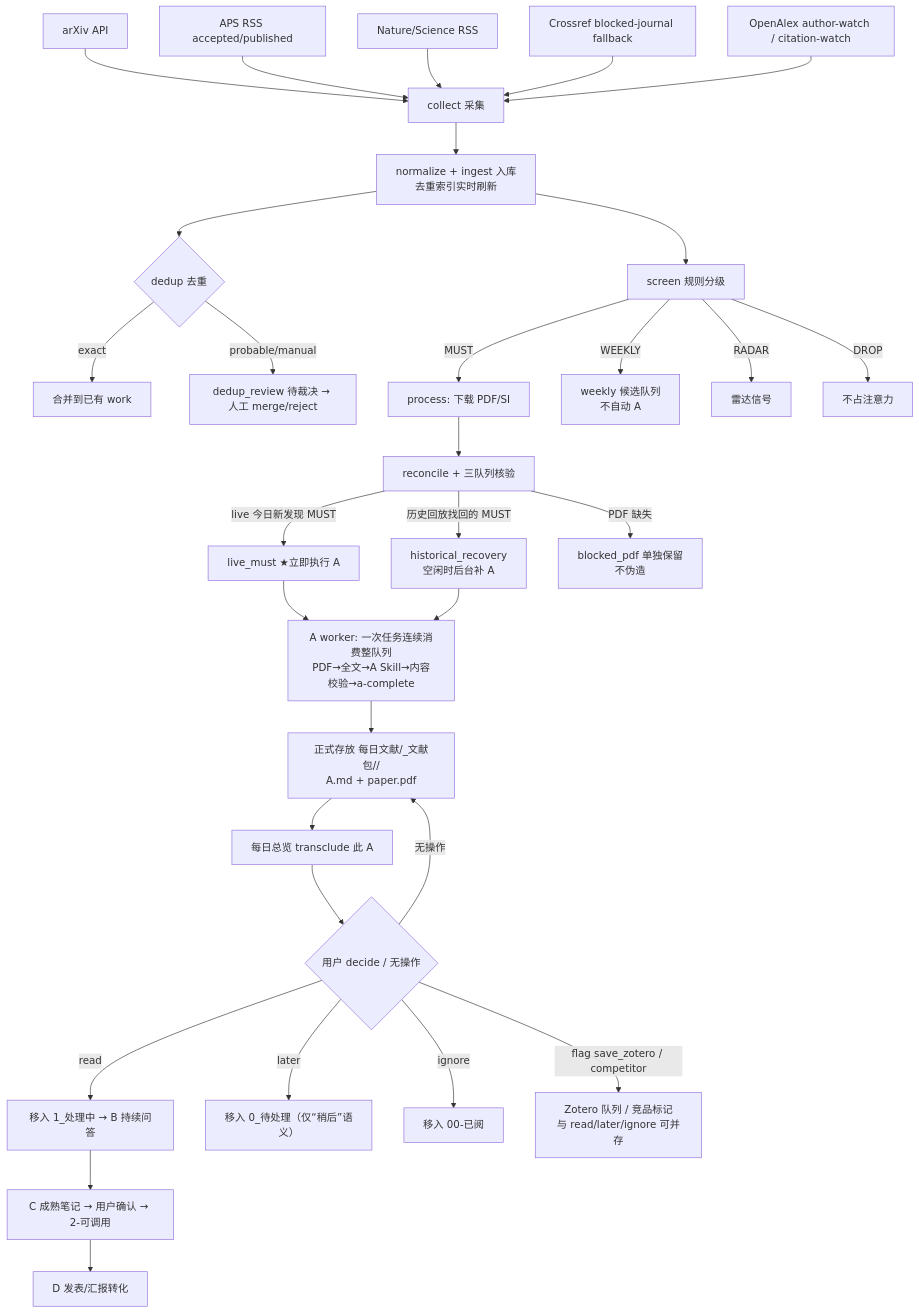
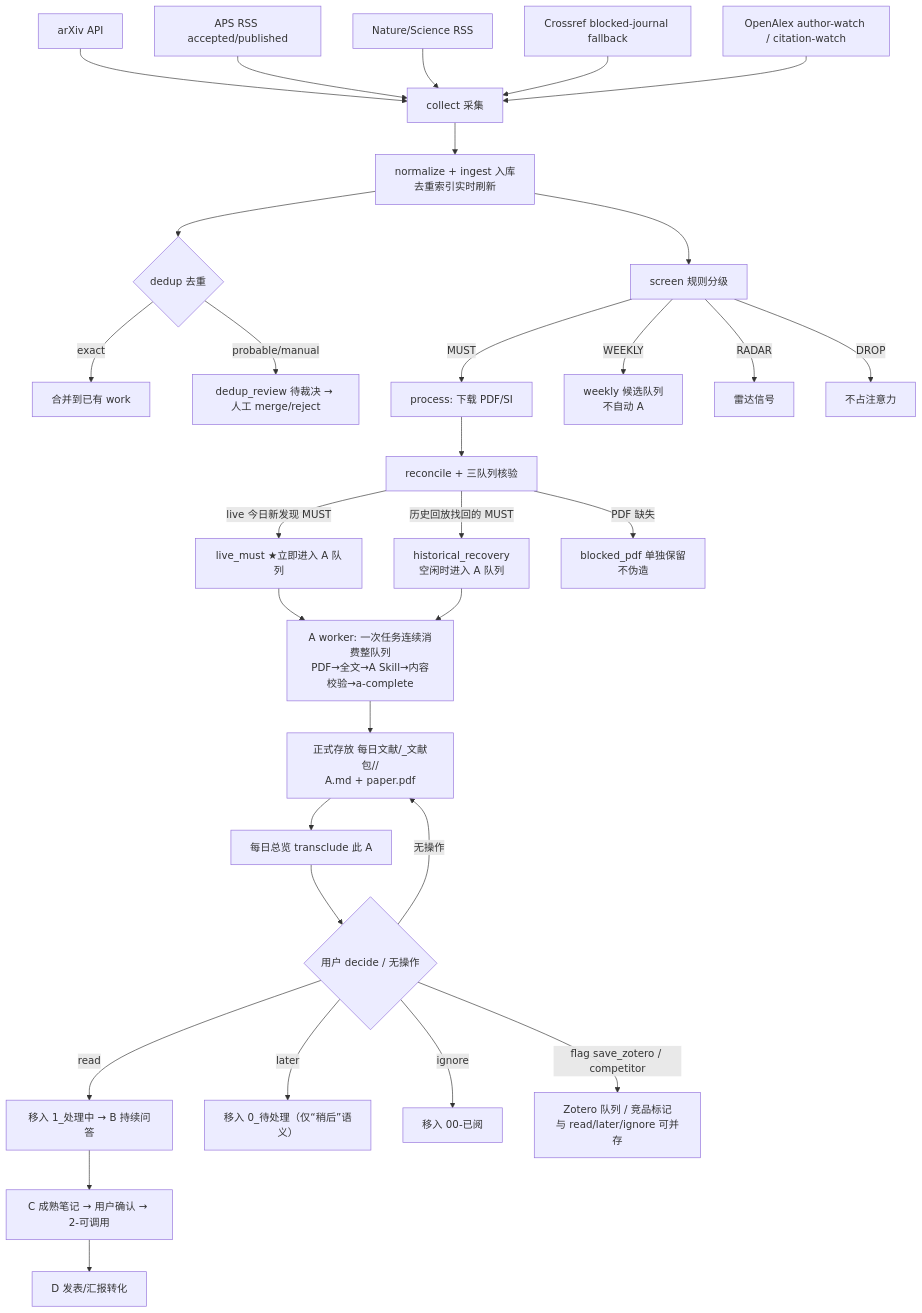
One commit to Xin-Jiaqi/literature-agent changed the diagram in docs/WORKFLOW.md. Above: the diagram before and after it, drawn with Mermaid. The commit also changed other lines of this file and 12 other files, not shown here.

````diff
--- a/docs/WORKFLOW.md
+++ b/docs/WORKFLOW.md
@@ -29,33 +29,33 @@
 ```mermaid
 flowchart TD
     A1[arXiv API] --> C[collect 采集]
     A2[APS RSS accepted/published] --> C
     A3[Nature/Science RSS] --> C
     A4[Crossref blocked-journal fallback] --> C
     A5[OpenAlex author-watch / citation-watch] --> C
     C --> N[normalize + ingest 入库<br/>去重索引实时刷新]
     N --> D{dedup 去重}
     D -->|exact| M[合并到已有 work]
     D -->|probable/manual| R[dedup_review 待裁决 → 人工 merge/reject]
     N --> S[screen 规则分级]
     S -->|MUST| P[process: 下载 PDF/SI]
     S -->|WEEKLY| W[weekly 候选队列<br/>不自动 A]
     S -->|RADAR| RA[雷达信号]
     S -->|DROP| DR[不占注意力]
     P --> Q[reconcile + 三队列核验]
-    Q -->|live 今日新发现 MUST| LQ[live_must ★立即执行 A]
-    Q -->|历史回放找回的 MUST| HQ[historical_recovery<br/>空闲时后台补 A]
+    Q -->|live 今日新发现 MUST| LQ[live_must ★立即进入 A 队列]
+    Q -->|历史回放找回的 MUST| HQ[historical_recovery<br/>空闲时进入 A 队列]
     Q -->|PDF 缺失| BP[blocked_pdf 单独保留<br/>不伪造]
     LQ --> AW[A worker: 一次任务连续消费整队列<br/>PDF→全文→A Skill→内容校验→a-complete]
     HQ --> AW
     AW --> PK[正式存放 每日文献/_文献包/<work_id>/<br/>A.md + paper.pdf]
     PK --> OV[每日总览 transclude 此 A]
     OV --> U{用户 decide / 无操作}
     U -->|无操作| PK
     U -->|read| PR[移入 1_处理中 → B 持续问答]
     U -->|later| L[移入 0_待处理（仅“稍后”语义）]
     U -->|ignore| IG[移入 00-已阅]
     U -->|flag save_zotero / competitor| Z[Zotero 队列 / 竞品标记<br/>与 read/later/ignore 可并存]
     PR --> C2[C 成熟笔记 → 用户确认 → 2-可调用]
     C2 --> D2[D 发表/汇报转化]
 ```
````
